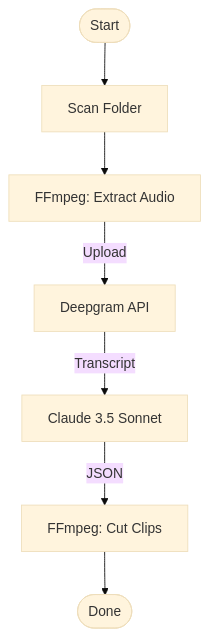
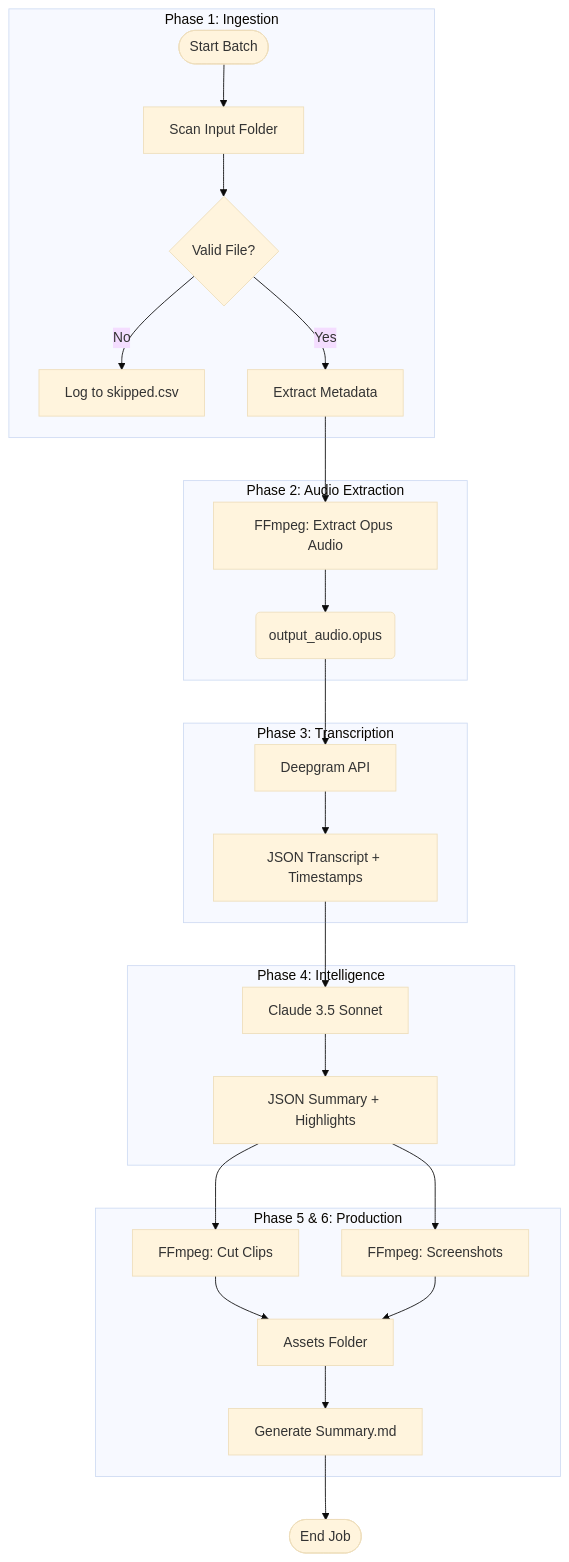
The fourth of 4 diagrams in Solution_1_Video_Notes.md (0xnithin1/internship-program-jan-26-assignment), drawn with Mermaid (base theme) before and after one commit. The commit also changed 1 other file, not shown here.

Commit message:
updated solution 1

````diff
--- a/Solution_1_Video_Notes.md
+++ b/Solution_1_Video_Notes.md
@@ -69,10 +69,34 @@
 ```mermaid
 graph TD
-    %% Optimized Compact Flow
-    Start([Start]) --> Scan[Scan Folder]
-    Scan --> Extract[FFmpeg: Extract Audio]
-    Extract -->|Upload| STT[Deepgram API]
-    STT -->|Transcript| LLM[Claude 3.5 Sonnet]
-    LLM -->|JSON| Cuts[FFmpeg: Cut Clips]
-    Cuts --> End([Done])
+    subgraph "Phase 1: Ingestion"
+    Start([Start Batch]) --> Scan[Scan Input Folder]
+    Scan --> Check{Valid File?}
+    Check -- No --> LogError[Log to skipped.csv]
+    Check -- Yes --> FFprobe[Extract Metadata]
+    end
+
+    subgraph "Phase 2: Audio Extraction"
+    FFprobe --> Extract[FFmpeg: Extract Opus Audio]
+    Extract --> AudioFile(output_audio.opus)
+    end
+
+    subgraph "Phase 3: Transcription"
+    AudioFile --> Deepgram[Deepgram API]
+    Deepgram --> Transcript[JSON Transcript + Timestamps]
+    end
+
+    subgraph "Phase 4: Intelligence"
+    Transcript --> LLM[Claude 3.5 Sonnet]
+    LLM --> Analysis[JSON Summary + Highlights]
+    end
+
+    subgraph "Phase 5 & 6: Production"
+    Analysis --> Cut[FFmpeg: Cut Clips]
+    Analysis --> Snap[FFmpeg: Screenshots]
+    Cut --> Assets[Assets Folder]
+    Snap --> Assets
+    Assets --> Assemble[Generate Summary.md]
+    end
+    
+    Assemble --> End([End Job])
 ```
````
